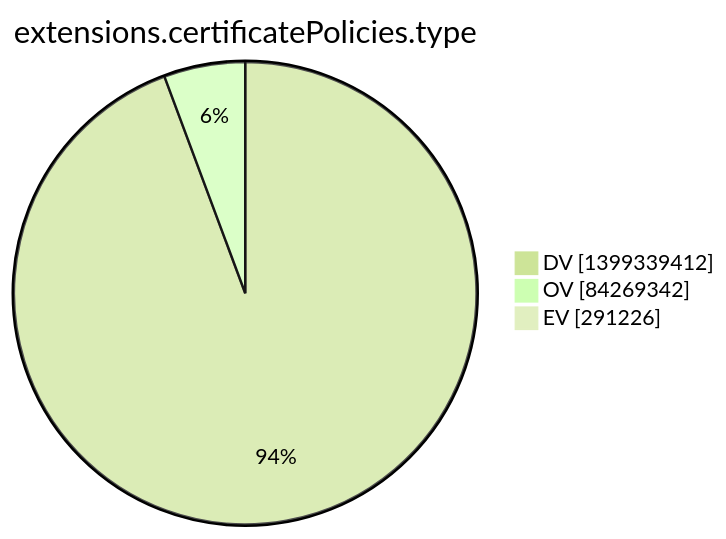
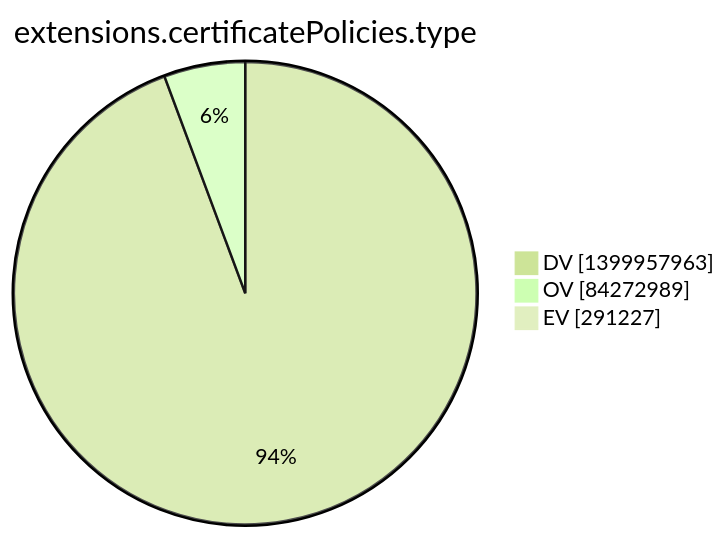
Before and after one commit to christiankrug/ctmonitor_visualization: the tenth of 15 diagrams in argon2022/README.md, drawn with Mermaid (forest theme). The commit also changed other lines of this file, not shown here.

````diff
--- a/argon2022/README.md
+++ b/argon2022/README.md
@@ -2773,7 +2773,7 @@
 ```mermaid
 pie showData
 title extensions.certificatePolicies.type
-"DV" :1399339412
-"OV" :84269342
-"EV" :291226
+"DV" :1399957963
+"OV" :84272989
+"EV" :291227
 ```
````
